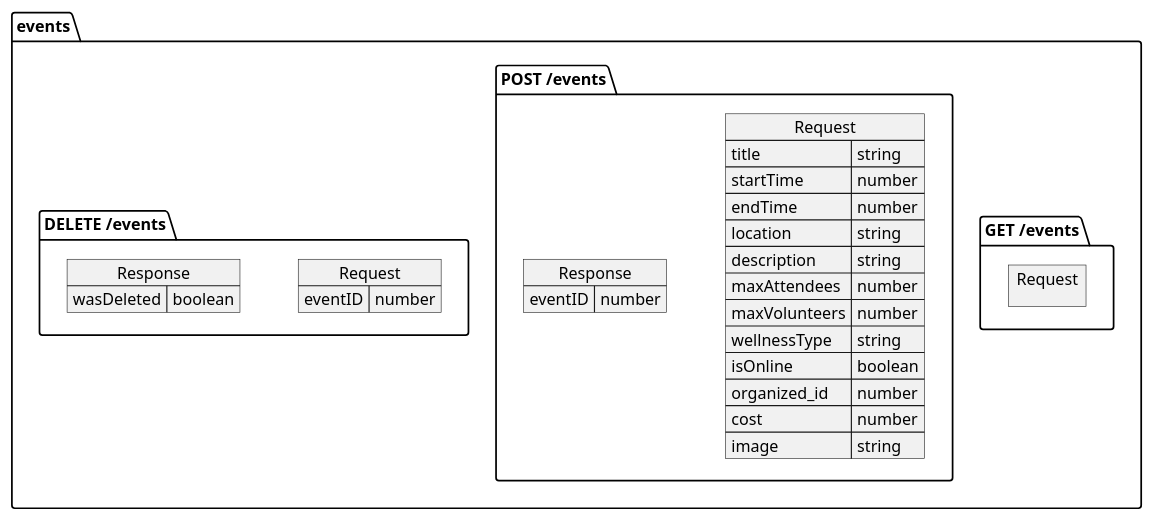
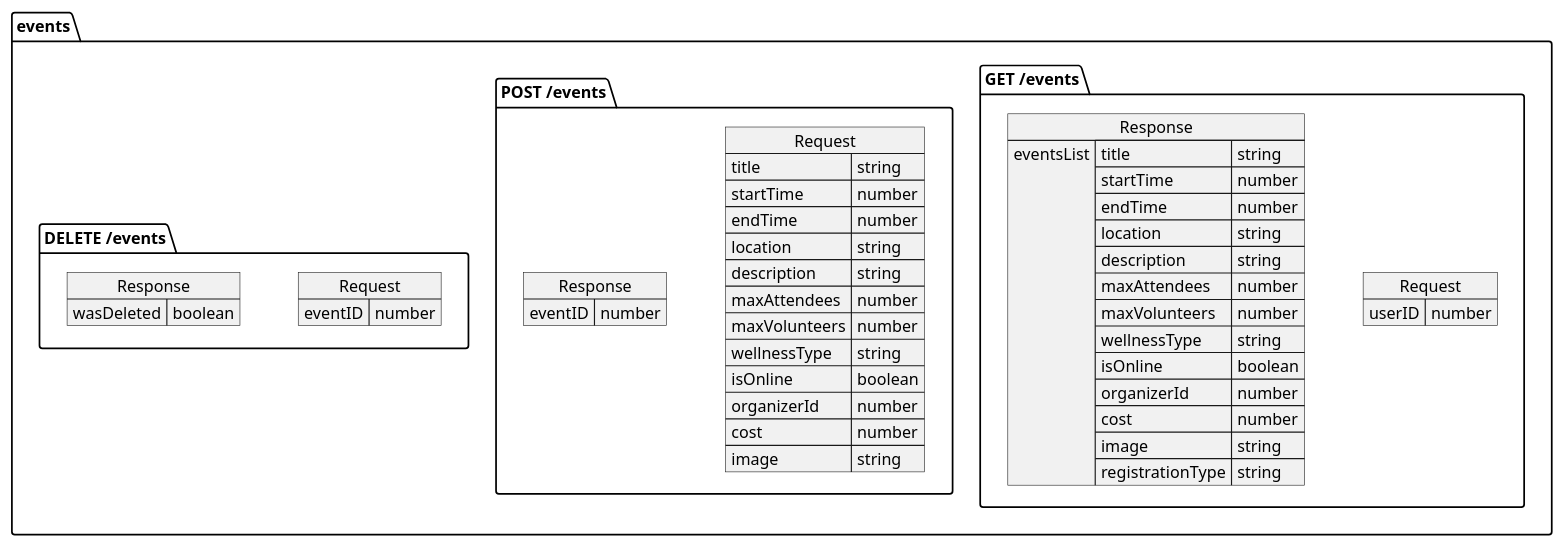
The diagram in diagrams/eventsEndpoint.puml (Wang-and-Co/Cis-3750-Project), drawn with PlantUML before and after one commit.

Commit message:
Updated eventsEndpoint diagram

```diff
--- a/diagrams/eventsEndpoint.puml
+++ b/diagrams/eventsEndpoint.puml
@@ -1,38 +1,58 @@
 @startuml eventsEndpoint
 package events {
     package "GET /events" {
         json "Request" as GETEventsReq {
+            "userID": "number"
+        }
+        json "Response" as GETEventsResp {
+            "eventsList": [
+                {
+                    "title": "string", 
+                    "startTime": "number",
+                    "endTime": "number", 
+                    "location": "string", 
+                    "description": "string", 
+                    "maxAttendees": "number", 
+                    "maxVolunteers": "number", 
+                    "wellnessType": "string", 
+                    "isOnline": "boolean", 
+                    "organizerId": "number", 
+                    "cost": "number", 
+                    "image": "string",
+                    "registrationType": "string"
+                }
+            ]
         }
     }
     package "POST /events" {
 
         json "Request" as POSTEventsReq {
             "title": "string", 
             "startTime": "number",
             "endTime": "number", 
             "location": "string", 
             "description": "string", 
             "maxAttendees": "number", 
             "maxVolunteers": "number", 
             "wellnessType": "string", 
             "isOnline": "boolean", 
-            "organized_id": "number", 
+            "organizerId": "number", 
             "cost": "number", 
             "image": "string"
         }
 
         json "Response" as POSTEventsResp {
             "eventID" : "number"
         }
 
     }
     package "DELETE /events" {
         json "Request" as DELETEEventsReq {
             "eventID": "number"
         }
         json "Response" as DELETEEventsResp {
             "wasDeleted": "boolean"
         }
     }
 }
 @enduml
```
